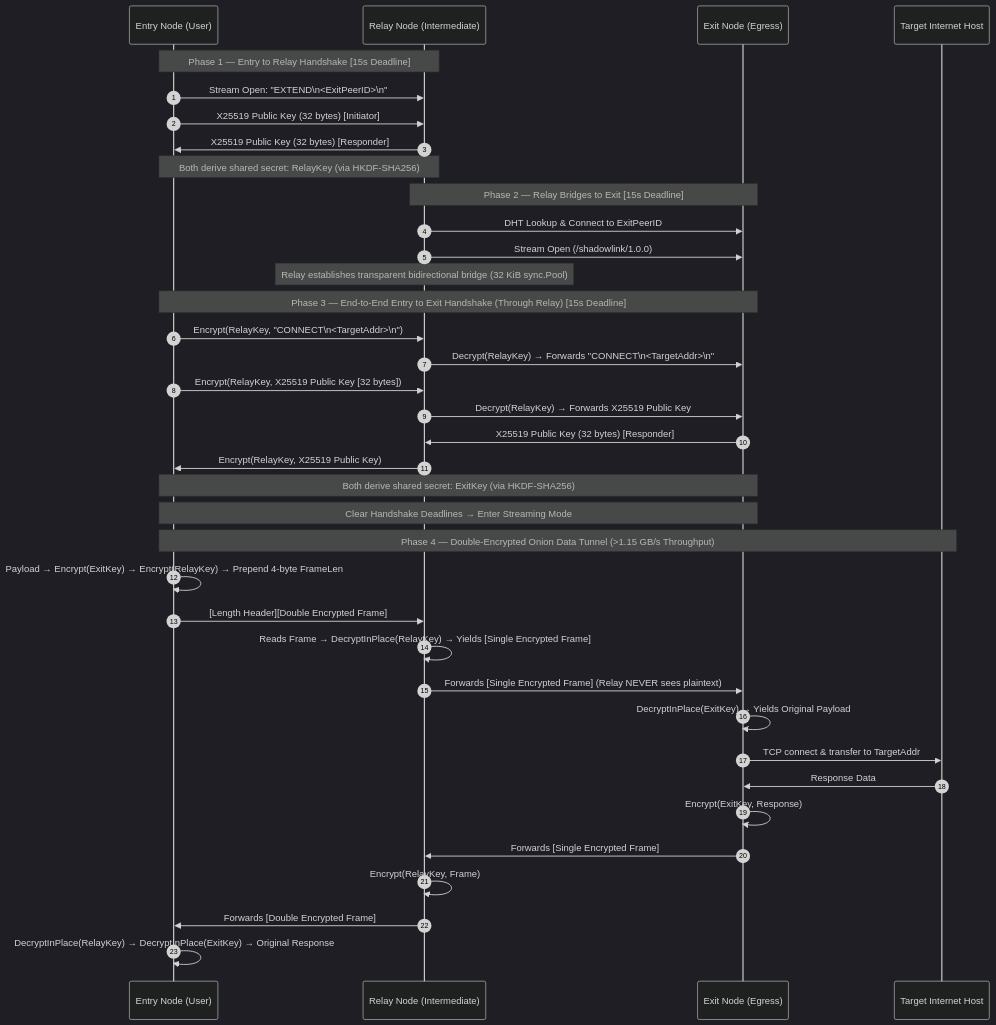
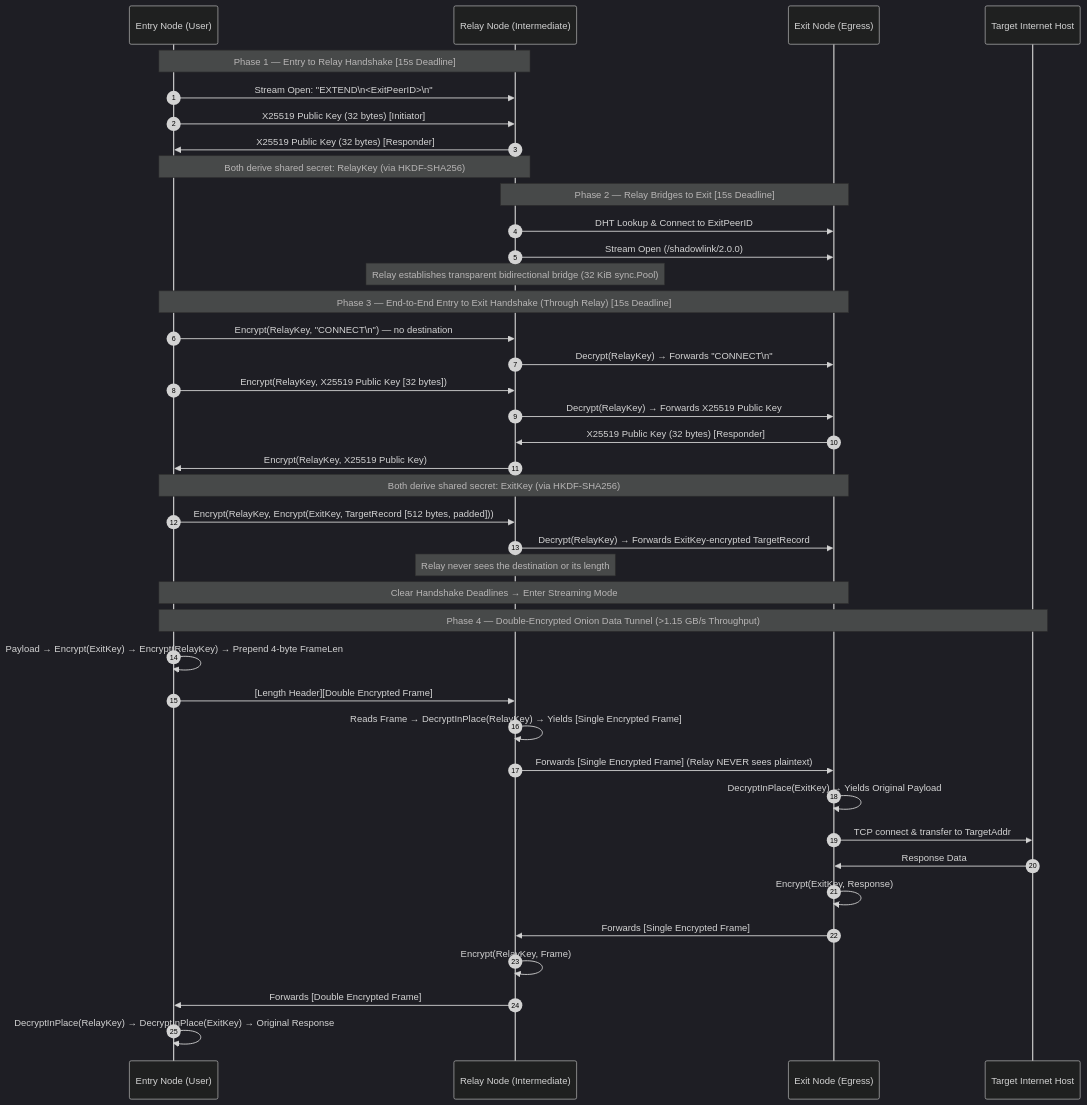
The second of 4 diagrams in ARCHITECTURE.md (TUSHAR91316/ShadowLink), drawn with Mermaid (dark theme) before and after one commit. The commit also changed other lines of this file and 22 other files, not shown here.

````diff
--- a/ARCHITECTURE.md
+++ b/ARCHITECTURE.md
@@ -50,43 +50,46 @@
 ```mermaid
 sequenceDiagram
     autonumber
     participant E as Entry Node (User)
     participant R as Relay Node (Intermediate)
     participant X as Exit Node (Egress)
     participant I as Target Internet Host
 
     Note over E,R: Phase 1 — Entry to Relay Handshake [15s Deadline]
     E->>R: Stream Open: "EXTEND\n<ExitPeerID>\n"
     E->>R: X25519 Public Key (32 bytes) [Initiator]
     R->>E: X25519 Public Key (32 bytes) [Responder]
     Note over E,R: Both derive shared secret: RelayKey (via HKDF-SHA256)
 
     Note over R,X: Phase 2 — Relay Bridges to Exit [15s Deadline]
     R->>X: DHT Lookup & Connect to ExitPeerID
-    R->>X: Stream Open (/shadowlink/1.0.0)
+    R->>X: Stream Open (/shadowlink/2.0.0)
     Note over R: Relay establishes transparent bidirectional bridge (32 KiB sync.Pool)
 
     Note over E,X: Phase 3 — End-to-End Entry to Exit Handshake (Through Relay) [15s Deadline]
-    E->>R: Encrypt(RelayKey, "CONNECT\n<TargetAddr>\n")
-    R->>X: Decrypt(RelayKey) → Forwards "CONNECT\n<TargetAddr>\n"
+    E->>R: Encrypt(RelayKey, "CONNECT\n") — no destination
+    R->>X: Decrypt(RelayKey) → Forwards "CONNECT\n"
     E->>R: Encrypt(RelayKey, X25519 Public Key [32 bytes])
     R->>X: Decrypt(RelayKey) → Forwards X25519 Public Key
     X->>R: X25519 Public Key (32 bytes) [Responder]
     R->>E: Encrypt(RelayKey, X25519 Public Key)
     Note over E,X: Both derive shared secret: ExitKey (via HKDF-SHA256)
+    E->>R: Encrypt(RelayKey, Encrypt(ExitKey, TargetRecord [512 bytes, padded]))
+    R->>X: Decrypt(RelayKey) → Forwards ExitKey-encrypted TargetRecord
+    Note over R: Relay never sees the destination or its length
 
     Note over E,X: Clear Handshake Deadlines → Enter Streaming Mode
     Note over E,I: Phase 4 — Double-Encrypted Onion Data Tunnel (>1.15 GB/s Throughput)
     E->>E: Payload → Encrypt(ExitKey) → Encrypt(RelayKey) → Prepend 4-byte FrameLen
     E->>R: [Length Header][Double Encrypted Frame]
     R->>R: Reads Frame → DecryptInPlace(RelayKey) → Yields [Single Encrypted Frame]
     R->>X: Forwards [Single Encrypted Frame] (Relay NEVER sees plaintext)
     X->>X: DecryptInPlace(ExitKey) → Yields Original Payload
     X->>I: TCP connect & transfer to TargetAddr
     I->>X: Response Data
     X->>X: Encrypt(ExitKey, Response)
     X->>R: Forwards [Single Encrypted Frame]
     R->>R: Encrypt(RelayKey, Frame)
     R->>E: Forwards [Double Encrypted Frame]
     E->>E: DecryptInPlace(RelayKey) → DecryptInPlace(ExitKey) → Original Response
 ```
````
